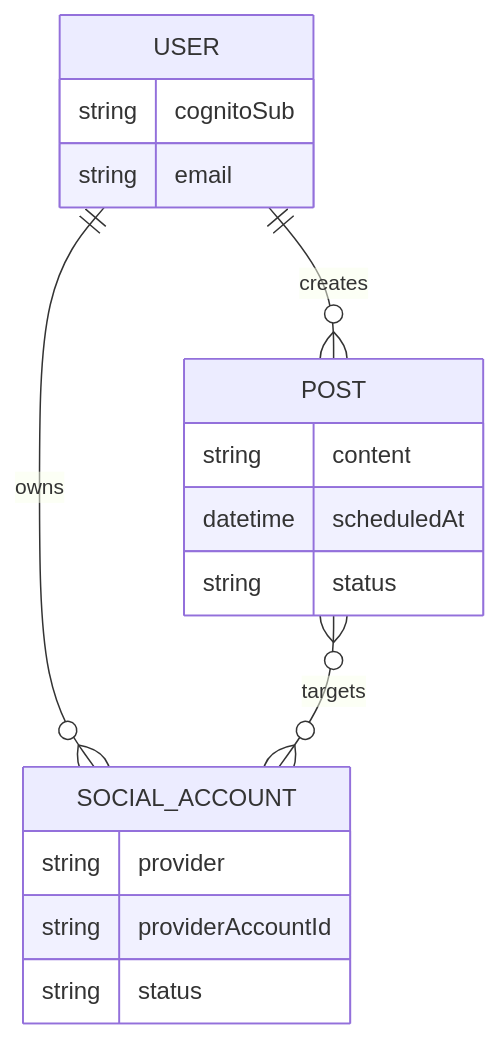
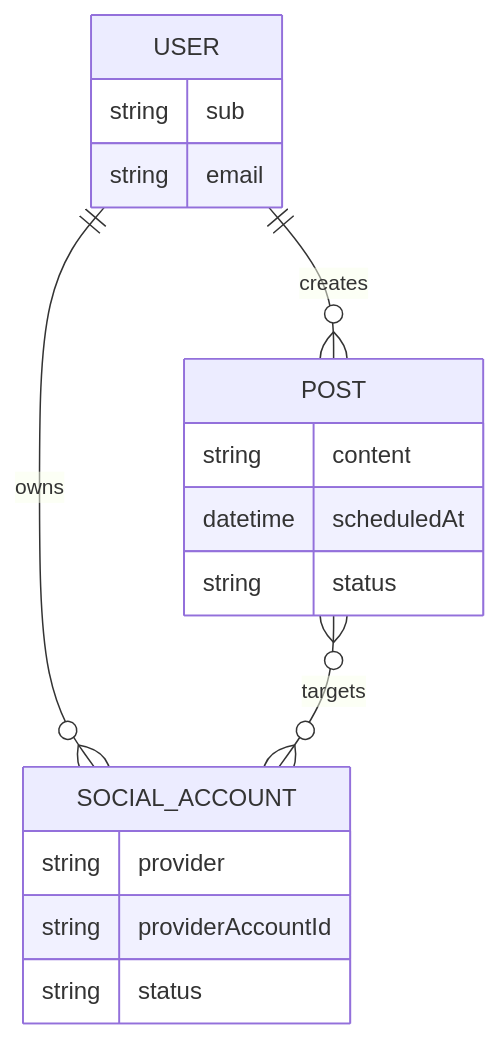
The third of 3 diagrams in README.md (Andresha56/post-it), drawn with Mermaid before and after one commit. The commit also changed 40 other files, not shown here.

````diff
--- a/README.md
+++ b/README.md
@@ -87,20 +87,20 @@
 ```mermaid
 erDiagram
     USER ||--o{ SOCIAL_ACCOUNT : owns
     USER ||--o{ POST : creates
     POST }o--o{ SOCIAL_ACCOUNT : targets
     USER {
-        string cognitoSub
+        string sub
         string email
     }
     SOCIAL_ACCOUNT {
         string provider
         string providerAccountId
         string status
     }
     POST {
         string content
         datetime scheduledAt
         string status
     }
 ```
````
